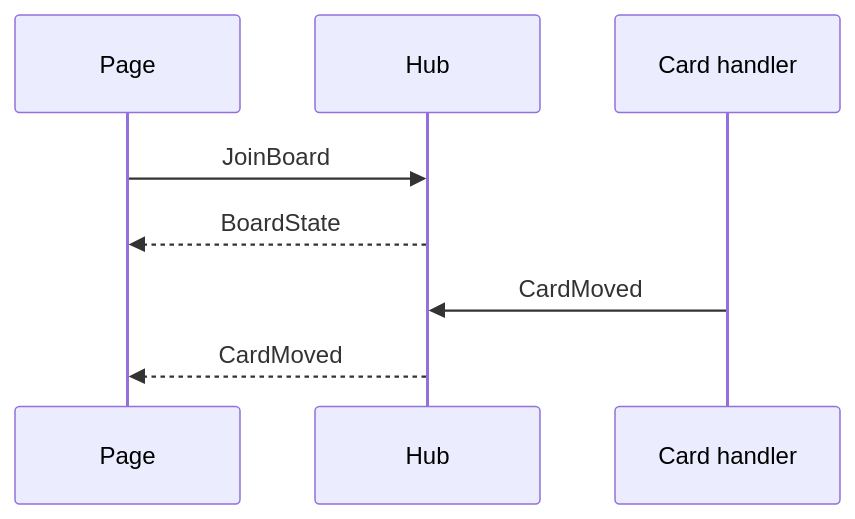
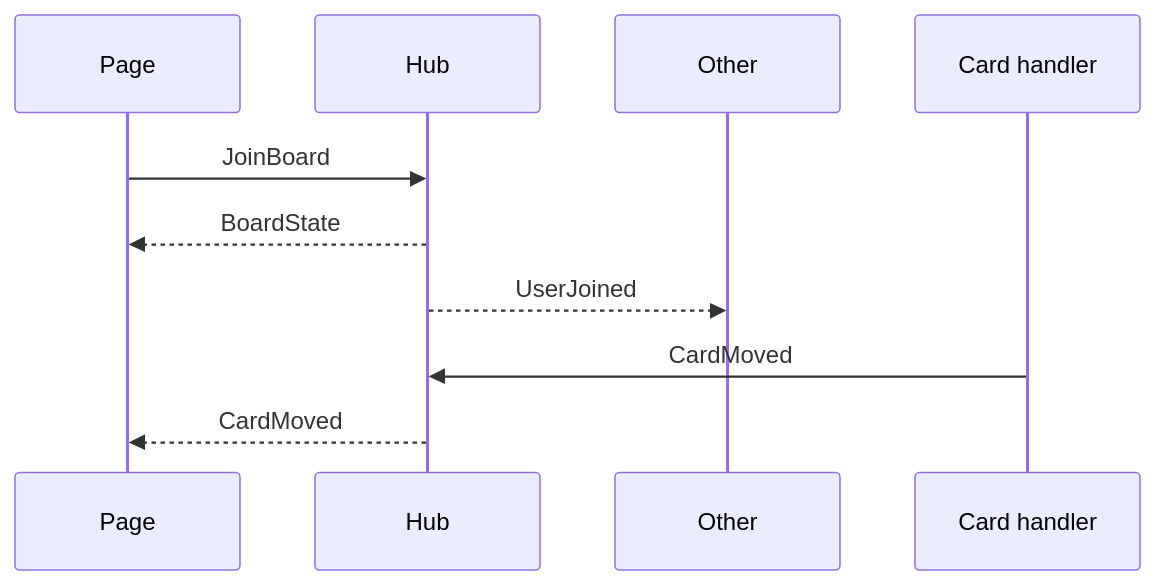
Before and after one commit to justarunsthing/Relay: the fifth of 6 diagrams in docs/api.md, drawn with Mermaid. The commit also changed other lines of this file and 10 other files, not shown here.

````diff
--- a/docs/api.md
+++ b/docs/api.md
@@ -113,10 +115,12 @@
 ```mermaid
 sequenceDiagram
     participant Page
     participant Hub
+    participant Other
     participant Writer as Card handler
     Page->>Hub: JoinBoard
     Hub-->>Page: BoardState
+    Hub-->>Other: UserJoined
     Writer->>Hub: CardMoved
     Hub-->>Page: CardMoved
 ```
````
